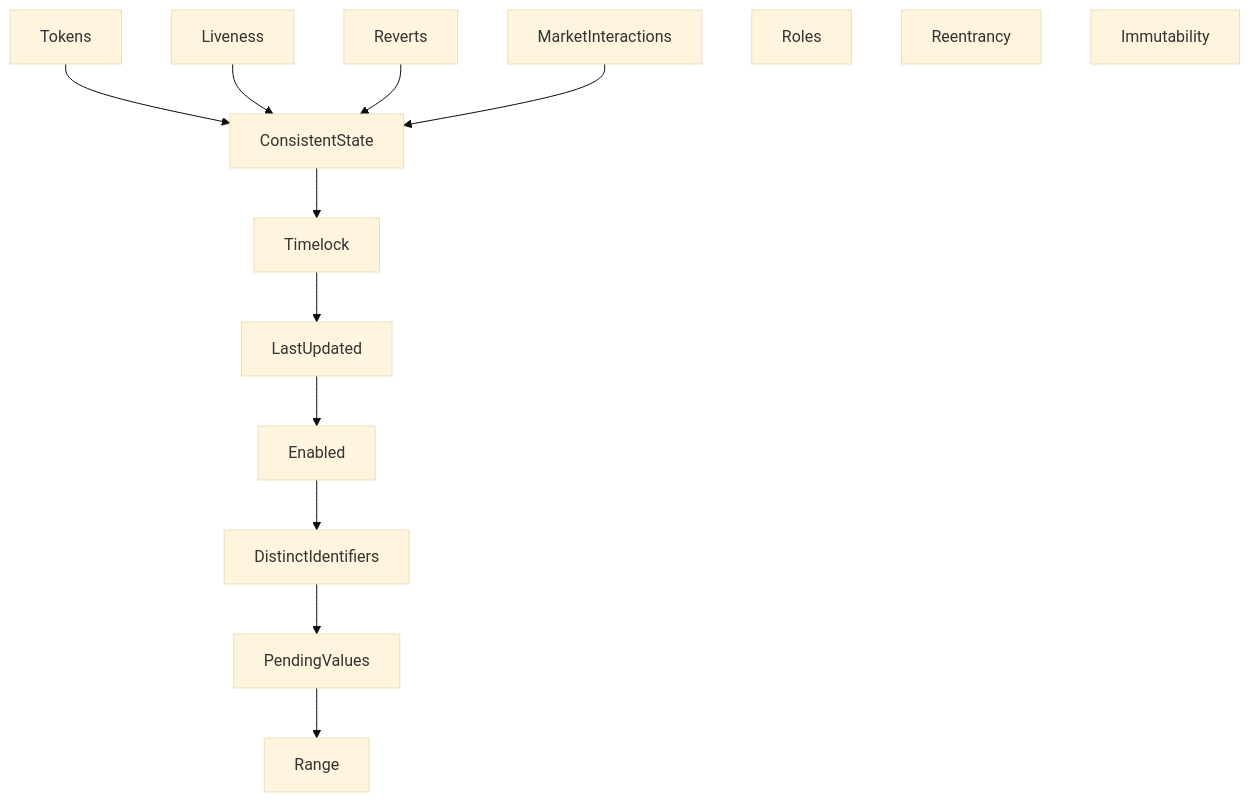
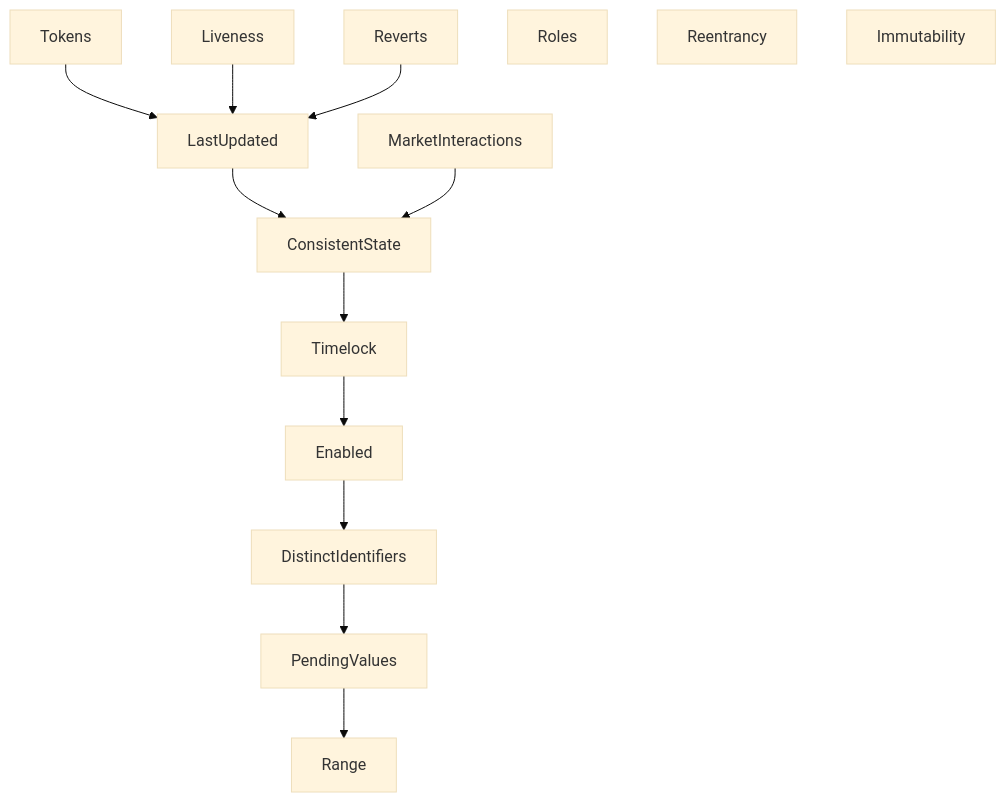
The diagram in certora/README.md (morpho-org/metamorpho), drawn with Mermaid (base theme) before and after one commit. The commit also changed 1 other file, not shown here.

Commit message:
fix: dependency and update graph

````diff
--- a/certora/README.md
+++ b/certora/README.md
@@ -214,16 +214,16 @@
 ```mermaid
 graph
-Tokens --> ConsistentState
-Liveness --> ConsistentState
-Reverts --> ConsistentState
+Tokens --> LastUpdated
+Liveness --> LastUpdated
+Reverts --> LastUpdated
+LastUpdated --> ConsistentState
 MarketInteractions --> ConsistentState
 ConsistentState --> Timelock
-Timelock --> LastUpdated
-LastUpdated --> Enabled
+Timelock --> Enabled
 Enabled --> DistinctIdentifiers
 DistinctIdentifiers --> PendingValues
 PendingValues --> Range
 Roles
 Reentrancy
 Immutability
 ```
````
